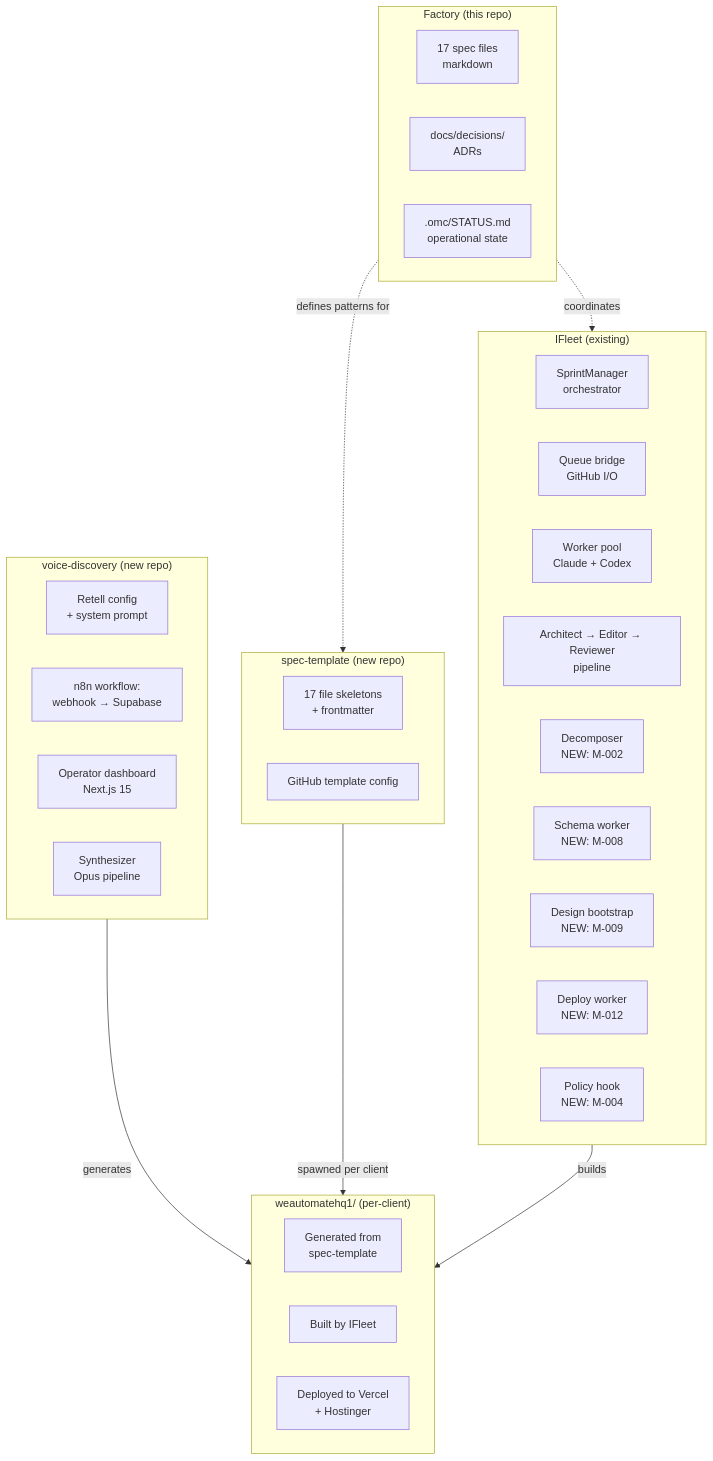
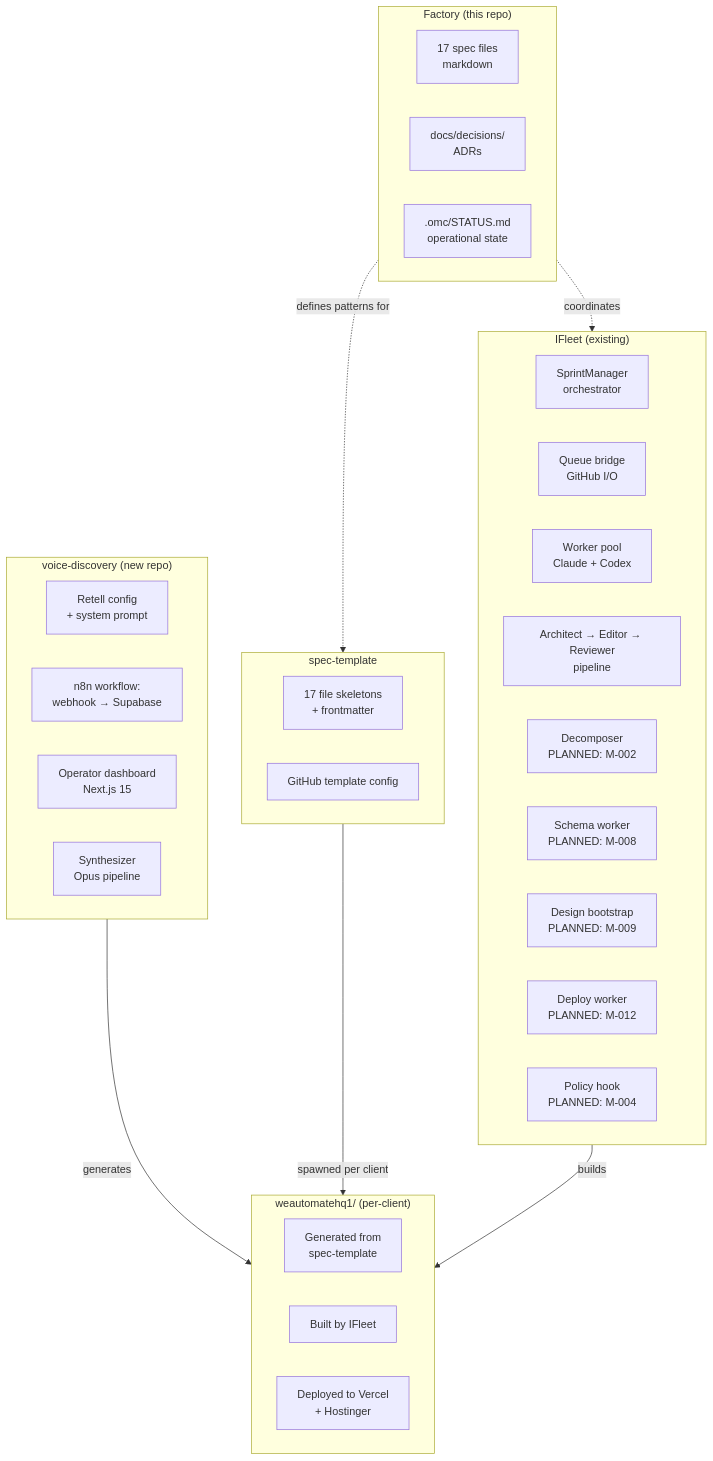
One commit to weautomatehq1/factory changed the second of 2 diagrams in ARCHITECTURE.md. Above: the diagram before and after it, drawn with Mermaid. The commit also changed other lines of this file and 11 other files, not shown here.

````diff
--- a/ARCHITECTURE.md
+++ b/ARCHITECTURE.md
@@ -61,44 +61,44 @@
 ```mermaid
 flowchart TB
     subgraph factory[" Factory (this repo) "]
         F1[17 spec files<br/>markdown]
         F2[docs/decisions/<br/>ADRs]
         F3[.omc/STATUS.md<br/>operational state]
     end
 
     subgraph voice[" voice-discovery (new repo) "]
         V1[Retell config<br/>+ system prompt]
         V2[n8n workflow:<br/>webhook → Supabase]
         V3[Operator dashboard<br/>Next.js 15]
         V4[Synthesizer<br/>Opus pipeline]
     end
 
-    subgraph template[" spec-template (new repo) "]
+    subgraph template[" spec-template "]
         T1[17 file skeletons<br/>+ frontmatter]
         T2[GitHub template config]
     end
 
     subgraph ifleet[" IFleet (existing) "]
         I1[SprintManager<br/>orchestrator]
         I2[Queue bridge<br/>GitHub I/O]
         I3[Worker pool<br/>Claude + Codex]
         I4[Architect → Editor → Reviewer<br/>pipeline]
-        I5[Decomposer<br/>NEW: M-002]
-        I6[Schema worker<br/>NEW: M-008]
-        I7[Design bootstrap<br/>NEW: M-009]
-        I8[Deploy worker<br/>NEW: M-012]
-        I9[Policy hook<br/>NEW: M-004]
+        I5[Decomposer<br/>PLANNED: M-002]
+        I6[Schema worker<br/>PLANNED: M-008]
+        I7[Design bootstrap<br/>PLANNED: M-009]
+        I8[Deploy worker<br/>PLANNED: M-012]
+        I9[Policy hook<br/>PLANNED: M-004]
     end
 
     subgraph client[" weautomatehq1/<client-name> (per-client) "]
         C1[Generated from<br/>spec-template]
         C2[Built by IFleet]
         C3[Deployed to Vercel<br/>+ Hostinger]
     end
 
     factory -.->|defines patterns for| template
     voice -->|generates| client
     template -->|spawned per client| client
     ifleet -->|builds| client
     factory -.->|coordinates| ifleet
 ```
````
